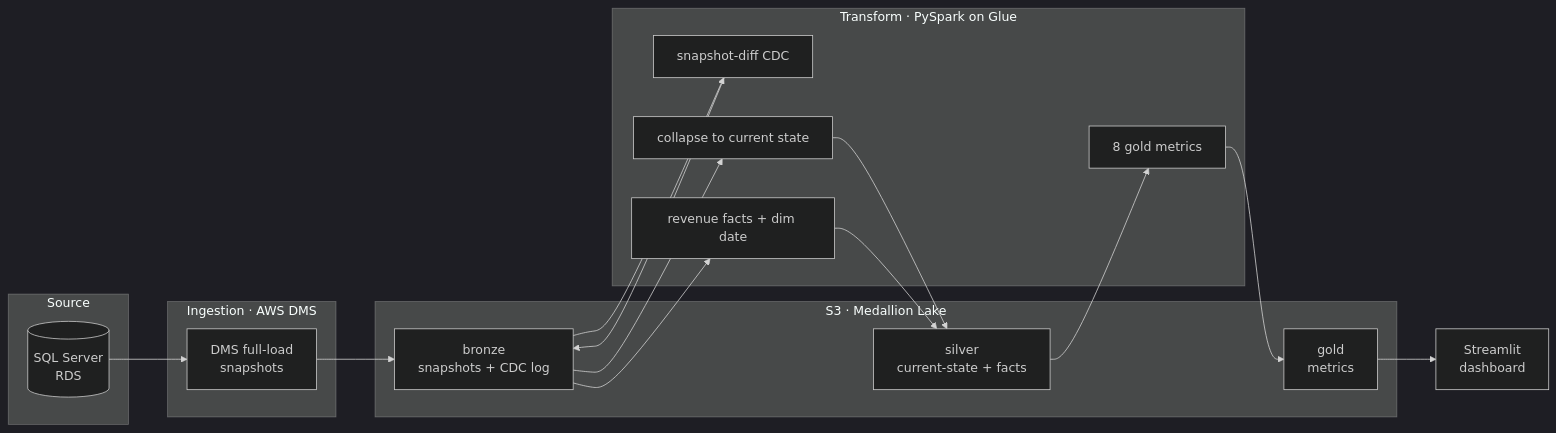
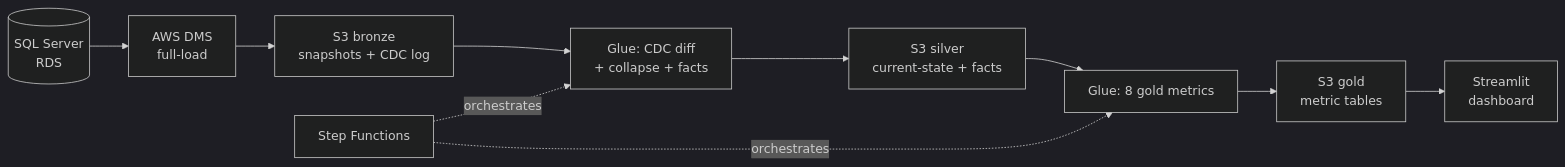
The diagram in README.md (Shiva050/Global_Partners_Business_Data_Engineering), drawn with Mermaid (dark theme) before and after one commit. The commit also changed other lines of this file and 1 other file, not shown here.

Commit message:
Add draw.io AWS architecture diagram + embed in README
docs/architecture.drawio: end-to-end architecture with official AWS icons
(aws4 shapes) — RDS, DMS, S3 bronze/silver/gold, Glue, Step Functions, IAM,
Secrets Manager, CloudWatch, plus Streamlit and GitHub Actions. README embeds
the exported PNG with the editable source linked; Mermaid logical flow kept in
a collapsible fallback.

````diff
--- a/README.md
+++ b/README.md
@@ -17,28 +33,12 @@
 ```mermaid
 flowchart LR
-    subgraph src[Source]
-      RDS[(SQL Server<br/>RDS)]
-    end
-    subgraph ingest[Ingestion · AWS DMS]
-      DMS[DMS full-load<br/>snapshots]
-    end
-    subgraph s3[S3 · Medallion Lake]
-      BR[bronze<br/>snapshots + CDC log]
-      SV[silver<br/>current-state + facts]
-      GD[gold<br/>metrics]
-    end
-    subgraph compute[Transform · PySpark on Glue]
-      B1[snapshot-diff CDC]
-      S1[collapse to current state]
-      S2[revenue facts + dim date]
-      G1[8 gold metrics]
-    end
-    DASH[Streamlit<br/>dashboard]
-
-    RDS --> DMS --> BR
-    BR --> B1 --> BR
-    BR --> S1 --> SV
-    BR --> S2 --> SV
-    SV --> G1 --> GD
-    GD --> DASH
+    RDS[(SQL Server<br/>RDS)] --> DMS[AWS DMS<br/>full-load]
+    DMS --> BR[S3 bronze<br/>snapshots + CDC log]
+    BR --> G1[Glue: CDC diff<br/>+ collapse + facts]
+    G1 --> SV[S3 silver<br/>current-state + facts]
+    SV --> G2[Glue: 8 gold metrics]
+    G2 --> GD[S3 gold<br/>metric tables]
+    GD --> DASH[Streamlit<br/>dashboard]
+    SFN[Step Functions] -. orchestrates .-> G1
+    SFN -. orchestrates .-> G2
 ```
````
